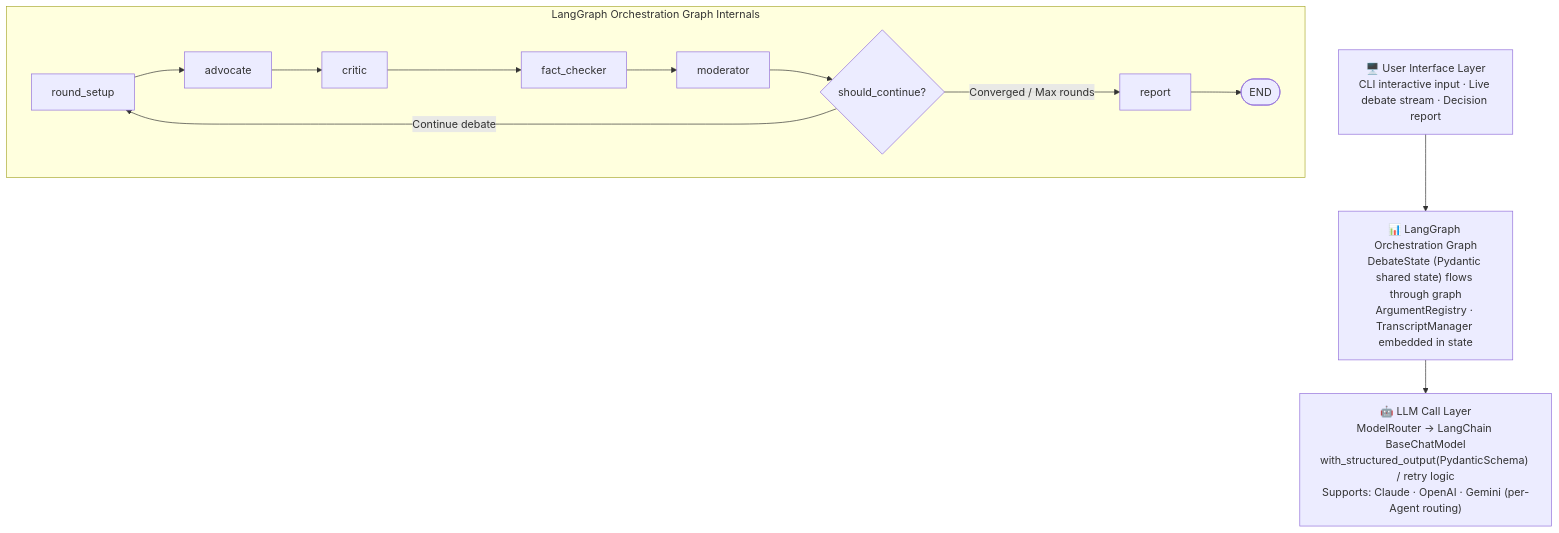
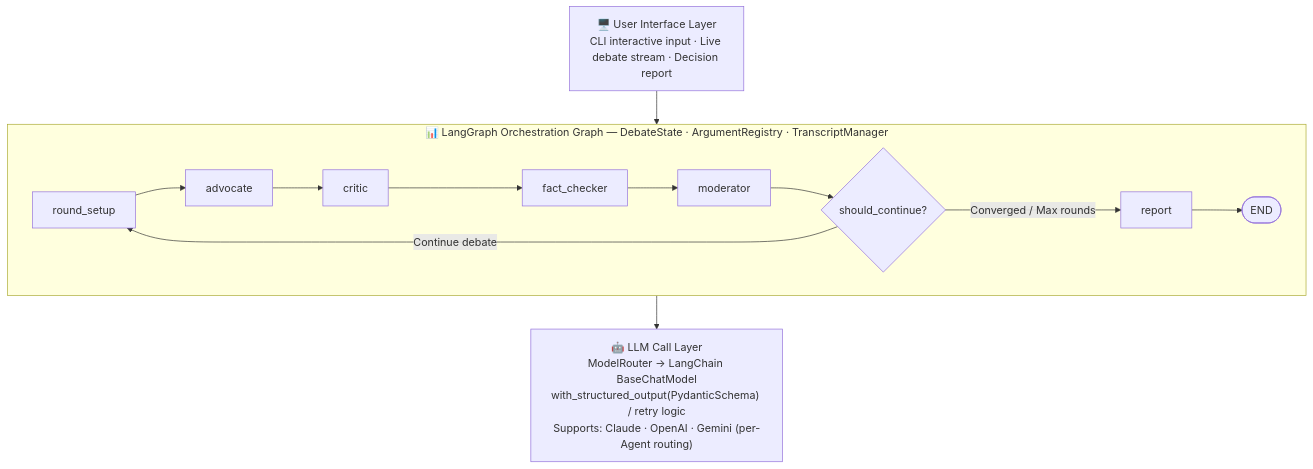
The first of 3 diagrams in README_EN.md (CAgcoder/MaverickJ), drawn with Mermaid before and after one commit. The commit also changed other lines of this file and 1 other file, not shown here.

Commit message:
feat: Update system architecture diagrams for improved clarity and structure

````diff
--- a/README_EN.md
+++ b/README_EN.md
@@ -222,21 +222,21 @@
 ```mermaid
+%%{init: {"flowchart": {"useMaxWidth": true}}}%%
 flowchart TD
     UI["🖥️ User Interface Layer\nCLI interactive input · Live debate stream · Decision report"]
-    GRAPH["📊 LangGraph Orchestration Graph\nDebateState (Pydantic shared state) flows through graph\nArgumentRegistry · TranscriptManager embedded in state"]
     LLM["🤖 LLM Call Layer\nModelRouter → LangChain BaseChatModel\nwith_structured_output(PydanticSchema) / retry logic\nSupports: Claude · OpenAI · Gemini (per-Agent routing)"]
 
-    UI --> GRAPH
-    GRAPH --> LLM
+    UI --> GRAPH_DETAIL
+    GRAPH_DETAIL --> LLM
 
-    subgraph GRAPH_DETAIL["LangGraph Orchestration Graph Internals"]
+    subgraph GRAPH_DETAIL["📊 LangGraph Orchestration Graph — DebateState · ArgumentRegistry · TranscriptManager"]
         direction LR
         RS[round_setup] --> ADV[advocate]
         ADV --> CRT[critic]
         CRT --> FC[fact_checker]
         FC --> MOD[moderator]
         MOD --> COND{should_continue?}
         COND -->|Continue debate| RS
         COND -->|Converged / Max rounds| RPT[report]
         RPT --> END([END])
     end
 ```
````
